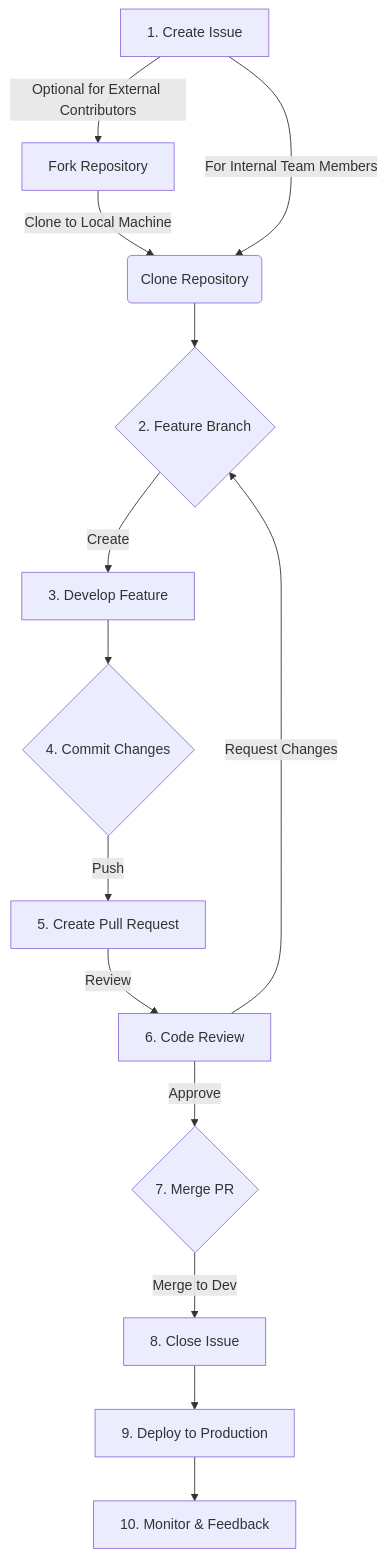
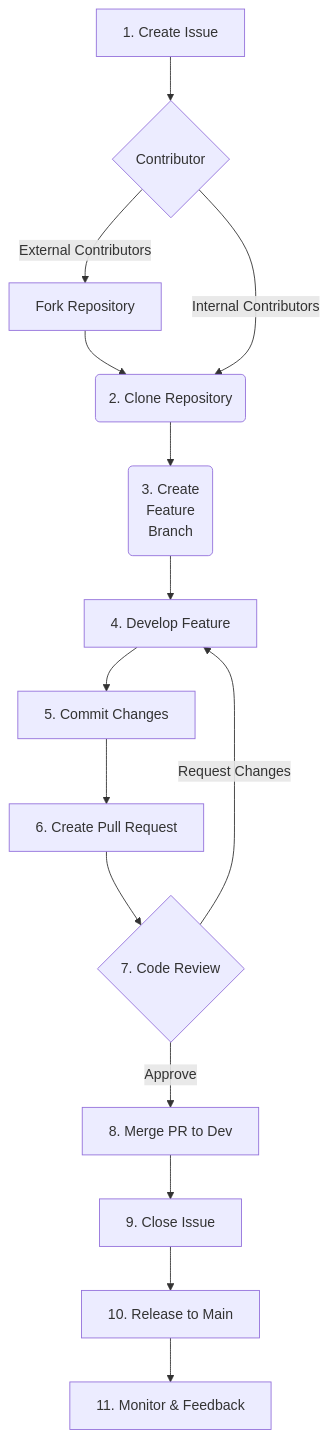
The diagram in Community/Tazama-Contribution-Guide.md (tazama-lf/docs), drawn with Mermaid before and after one commit. The commit also changed other lines of this file and 5 other files, not shown here.

````diff
--- a/Community/Tazama-Contribution-Guide.md
+++ b/Community/Tazama-Contribution-Guide.md
@@ -446,16 +440,17 @@
 ```mermaid
 flowchart TB
-  A[1. Create Issue] -->|Optional for External Contributors| B[Fork Repository]
-  B -->|Clone to Local Machine| C(Clone Repository)
-  A -->|For Internal Team Members| C
-  C --> D{2. Feature Branch}
-  D -->|Create| E[3. Develop Feature]
-  E --> F{4. Commit Changes}
-  F -->|Push| G[5. Create Pull Request]
-  G -->|Review| H[6. Code Review]
-  H -->|Approve| I{7. Merge PR}
-  I -->|Merge to Dev| J[8. Close Issue]
-  J --> K[9. Deploy to Production]
-  K --> L[10. Monitor & Feedback]
-  H -->|Request Changes| D
+  A[1. Create Issue] -->B{Contributor}
+  B -->|External Contributors| C[Fork Repository]
+  C --> D
+  B -->|Internal Contributors| D(2. Clone Repository)
+  D -->E(3. Create<br>Feature<br>Branch)
+  E -->F[4. Develop Feature]
+  F -->G[5. Commit Changes]
+  G -->I[6. Create Pull Request]
+  I -->J{7. Code Review}
+  J -->|Request Changes| F
+  J -->|Approve| K[8. Merge PR to Dev]
+  K -->L[9. Close Issue]
+  L -->M[10. Release to Main]
+  M -->N[11. Monitor & Feedback]
 ```
````
